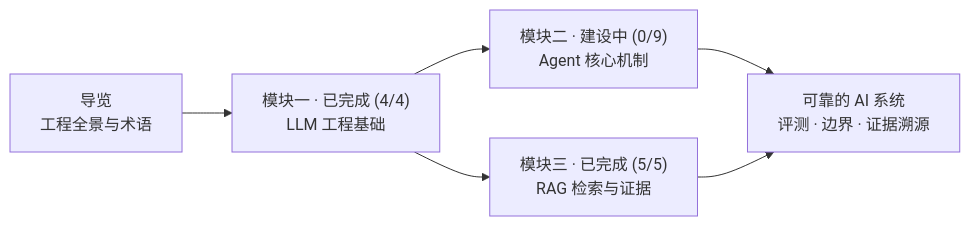
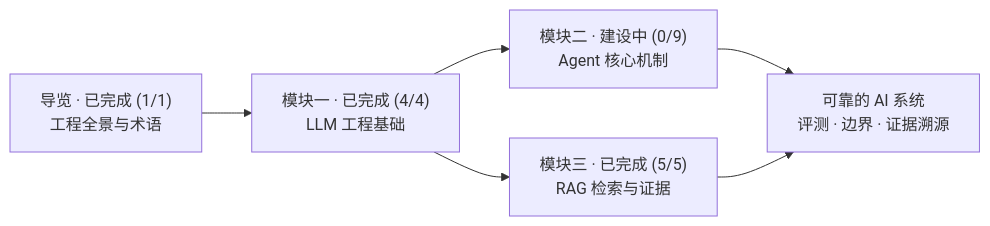
One commit to qufei1993/ai-agent-guide changed the diagram in README.zh.md. Above: the diagram before and after it, drawn with Mermaid. The commit also changed other lines of this file and 8 other files, not shown here.

Commit message:
feat(guide): add bilingual AI Agent architecture map overview chapter

````diff
--- a/README.zh.md
+++ b/README.zh.md
@@ -13,8 +13,8 @@
 ```mermaid
 flowchart LR
-  O["导览<br/>工程全景与术语"] --> M1["模块一 · 已完成 (4/4)<br/>LLM 工程基础"]
+  O["导览 · 已完成 (1/1)<br/>工程全景与术语"] --> M1["模块一 · 已完成 (4/4)<br/>LLM 工程基础"]
   M1 --> M2["模块二 · 建设中 (0/9)<br/>Agent 核心机制"]
   M1 --> M3["模块三 · 已完成 (5/5)<br/>RAG 检索与证据"]
   M2 --> E["可靠的 AI 系统<br/>评测 · 边界 · 证据溯源"]
   M3 --> E
 ```
````
